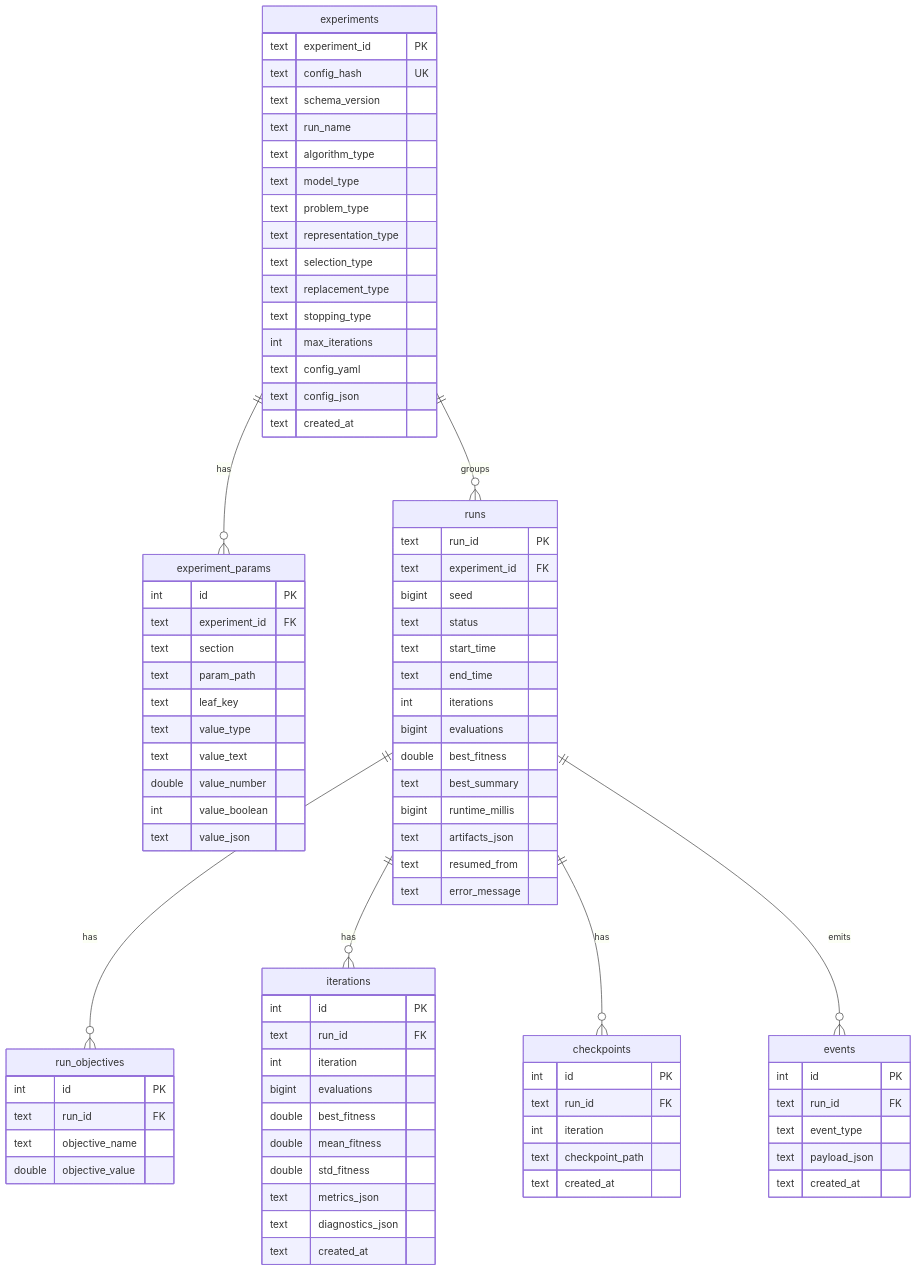
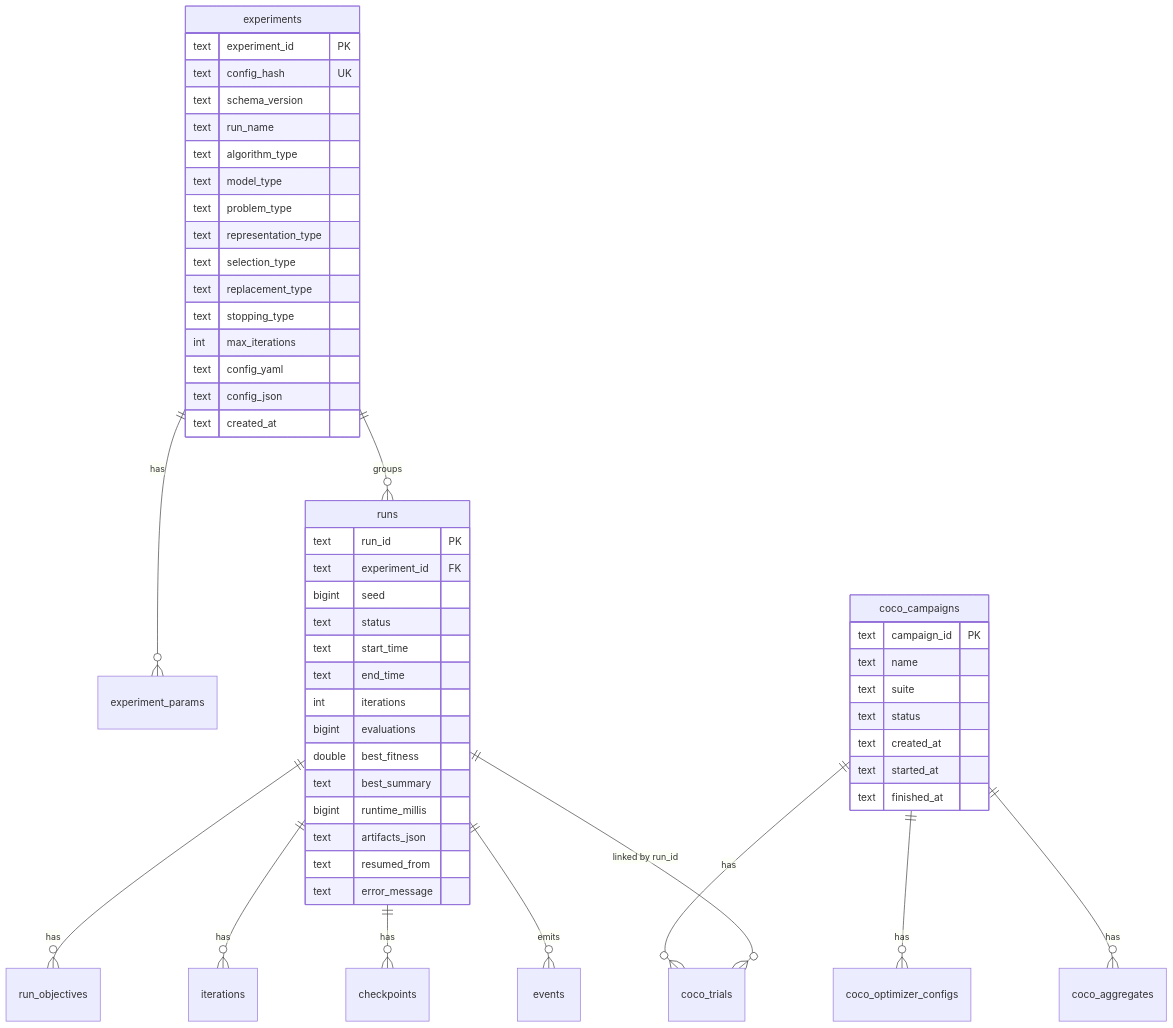
The diagram in docs/database-schema.md (KarloKnezevic/EDAF), drawn with Mermaid before and after one commit. The commit also changed other lines of this file and 72 other files, not shown here.

````diff
--- a/docs/database-schema.md
+++ b/docs/database-schema.md
@@ -20,6 +20,11 @@
     runs ||--o{ iterations : "has"
     runs ||--o{ checkpoints : "has"
     runs ||--o{ events : "emits"
+
+    coco_campaigns ||--o{ coco_optimizer_configs : "has"
+    coco_campaigns ||--o{ coco_trials : "has"
+    coco_campaigns ||--o{ coco_aggregates : "has"
+    runs ||--o{ coco_trials : "linked by run_id"
 
     experiments {
       text experiment_id PK
@@ -39,19 +44,6 @@
       text created_at
     }
 
-    experiment_params {
-      int id PK
-      text experiment_id FK
-      text section
-      text param_path
-      text leaf_key
-      text value_type
-      text value_text
-      double value_number
-      int value_boolean
-      text value_json
-    }
-
     runs {
       text run_id PK
       text experiment_id FK
@@ -69,39 +61,13 @@
       text error_message
     }
 
-    run_objectives {
-      int id PK
-      text run_id FK
-      text objective_name
-      double objective_value
-    }
-
-    iterations {
-      int id PK
-      text run_id FK
-      int iteration
-      bigint evaluations
-      double best_fitness
-      double mean_fitness
-      double std_fitness
-      text metrics_json
-      text diagnostics_json
+    coco_campaigns {
+      text campaign_id PK
+      text name
+      text suite
+      text status
       text created_at
-    }
-
-    checkpoints {
-      int id PK
-      text run_id FK
-      int iteration
-      text checkpoint_path
-      text created_at
-    }
-
-    events {
-      int id PK
-      text run_id FK
-      text event_type
-      text payload_json
-      text created_at
+      text started_at
+      text finished_at
     }
 ```
````
